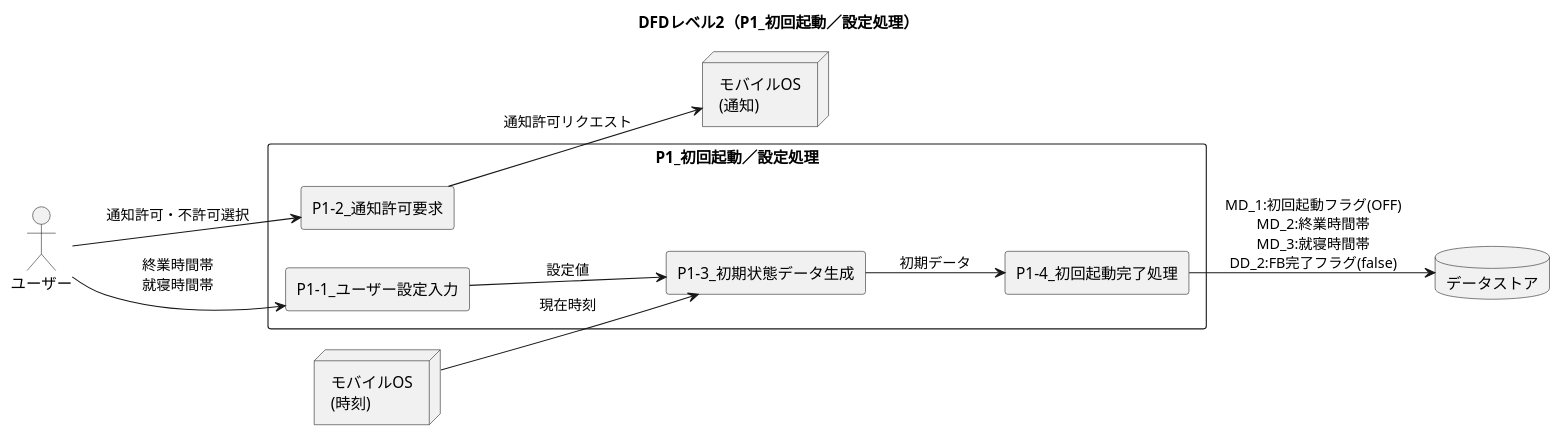
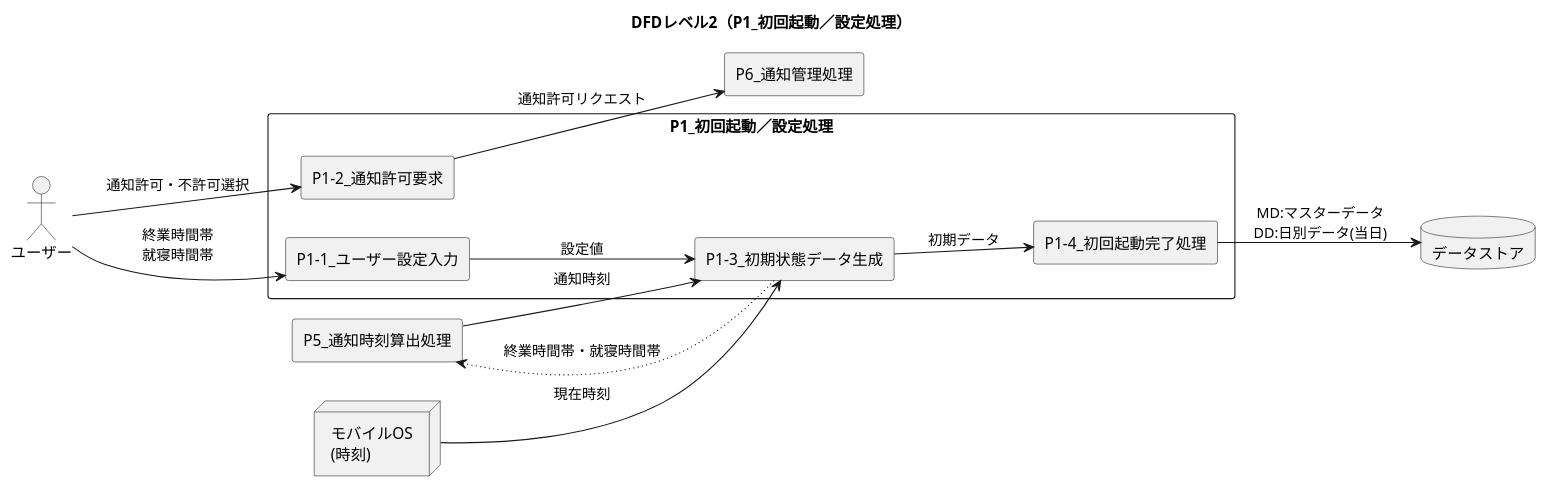
Before and after one commit to akamatrixxx/justtime: the diagram in assets/specifications/詳細設計/DFD/DFD2_P1.pu, drawn with PlantUML. The commit also changed 8 other files, not shown here.

```diff
--- a/assets/specifications/詳細設計/DFD/DFD2_P1.pu
+++ b/assets/specifications/詳細設計/DFD/DFD2_P1.pu
@@ -1,35 +1,42 @@
 @startuml
 title DFDレベル2（P1_初回起動／設定処理）
 
 left to right direction
 
 actor ユーザー
-node "モバイルOS\n(通知)" as OS_Notify
+
 node "モバイルOS\n(時刻)" as OS_Time
 database "データストア" as DB
 
 rectangle P1 as "P1_初回起動／設定処理" {
 
   rectangle P1_1 as "P1-1_ユーザー設定入力"
   rectangle P1_2 as "P1-2_通知許可要求"
   rectangle P1_3 as "P1-3_初期状態データ生成"
   rectangle P1_4 as "P1-4_初回起動完了処理"
 
 }
 
+rectangle P5 as "P5_通知時刻算出処理"
+rectangle P6 as "P6_通知管理処理"
+
 ' ===== ユーザーとの入出力 =====
 ユーザー --> P1_1 : 終業時間帯\n就寝時間帯
 ユーザー --> P1_2 : 通知許可・不許可選択
 
 ' ===== OSとの入出力 =====
-P1_2 --> OS_Notify : 通知許可リクエスト
+P1_2 --> P6 : 通知許可リクエスト
 OS_Time --> P1_3 : 現在時刻
 
 ' ===== プロセス間連携 =====
 P1_1 --> P1_3 : 設定値
 P1_3 --> P1_4 : 初期データ
 
+P1_3 -[dotted]-> P5 : 終業時間帯・就寝時間帯
+P5 --> P1_3 : 通知時刻
+
+
 ' ===== データストア =====
-P1_4 --> DB : MD_1:初回起動フラグ(OFF)\nMD_2:終業時間帯\nMD_3:就寝時間帯\nDD_2:FB完了フラグ(false)
+P1_4 --> DB : MD:マスターデータ\nDD:日別データ(当日)
 
 @enduml
```
